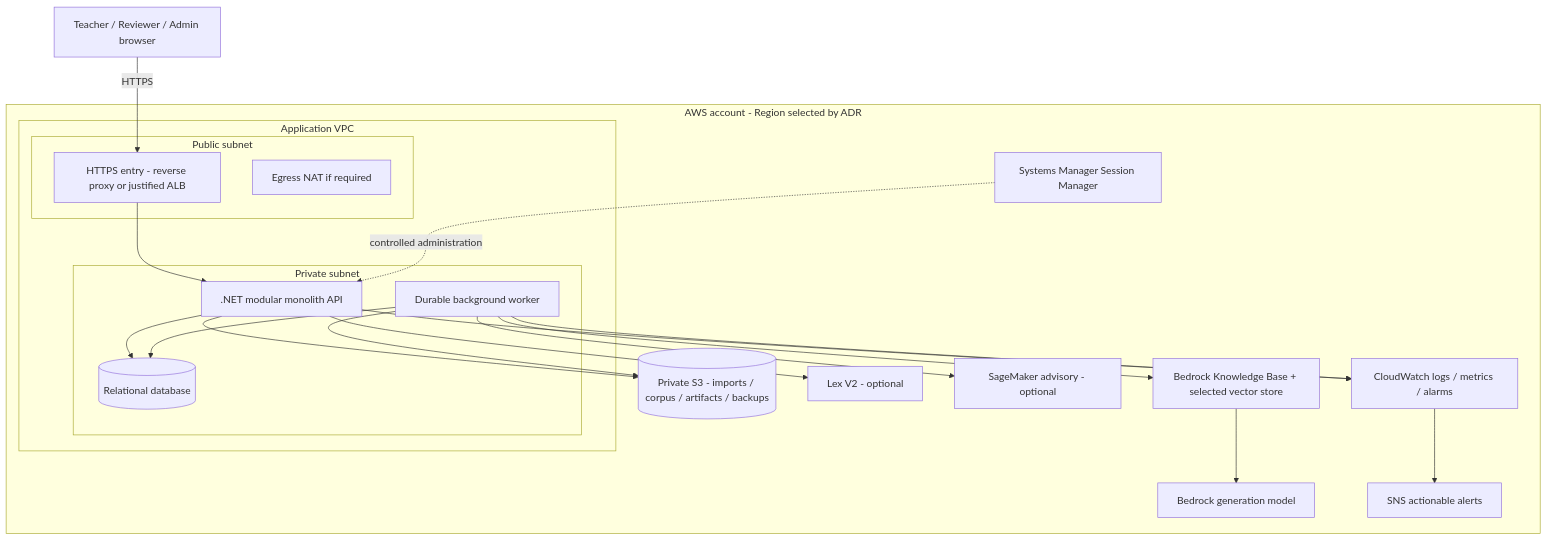
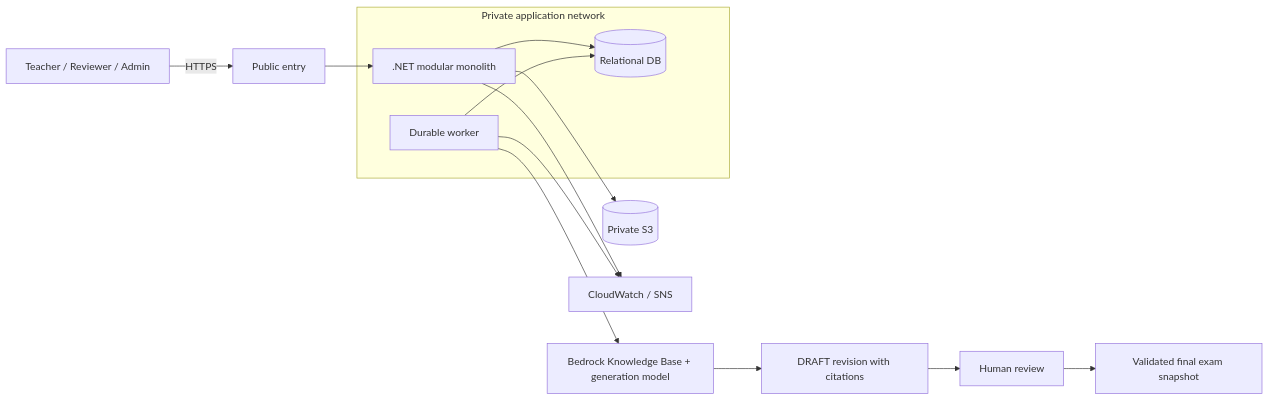
The diagram in README.md (Hungle2910/ai-exam-bank), drawn with Mermaid before and after one commit. The commit also changed other lines of this file and 15 other files, not shown here.

````diff
--- a/README.md
+++ b/README.md
@@ -78,39 +31,19 @@
 ```mermaid
-flowchart TB
-    Browser[Teacher / Reviewer / Admin browser]
-    subgraph AWS[AWS account - Region selected by ADR]
-        subgraph VPC[Application VPC]
-            subgraph Public[Public subnet]
-                Entry[HTTPS entry - reverse proxy or justified ALB]
-                Egress[Egress NAT if required]
-            end
-            subgraph Private[Private subnet]
-                API[.NET modular monolith API]
-                Worker[Durable background worker]
-                DB[(Relational database)]
-            end
-        end
-        S3[(Private S3 - imports / corpus / artifacts / backups)]
-        KB[Bedrock Knowledge Base + selected vector store]
-        FM[Bedrock generation model]
-        CW[CloudWatch logs / metrics / alarms]
-        SNS[SNS actionable alerts]
-        SSM[Systems Manager Session Manager]
-        Lex[Lex V2 - optional]
-        SM[SageMaker advisory - optional]
+flowchart LR
+    User[Teacher / Reviewer / Admin] -->|HTTPS| Entry[Public entry]
+    subgraph Private[Private application network]
+        API[.NET modular monolith]
+        Worker[Durable worker]
+        DB[(Relational DB)]
+        API --> DB
+        Worker --> DB
     end
-    Browser -->|HTTPS| Entry
     Entry --> API
-    API --> DB
-    Worker --> DB
-    API --> S3
-    Worker --> S3
-    Worker --> KB
-    KB --> FM
-    API --> Lex
-    Worker --> SM
-    API --> CW
-    Worker --> CW
-    CW --> SNS
-    SSM -. controlled administration .-> API
+    API --> S3[(Private S3)]
+    Worker --> RAG[Bedrock Knowledge Base + generation model]
+    RAG --> Draft[DRAFT revision with citations]
+    Draft --> Review[Human review]
+    Review --> Final[Validated final exam snapshot]
+    API --> Monitor[CloudWatch / SNS]
+    Worker --> Monitor
 ```
````
